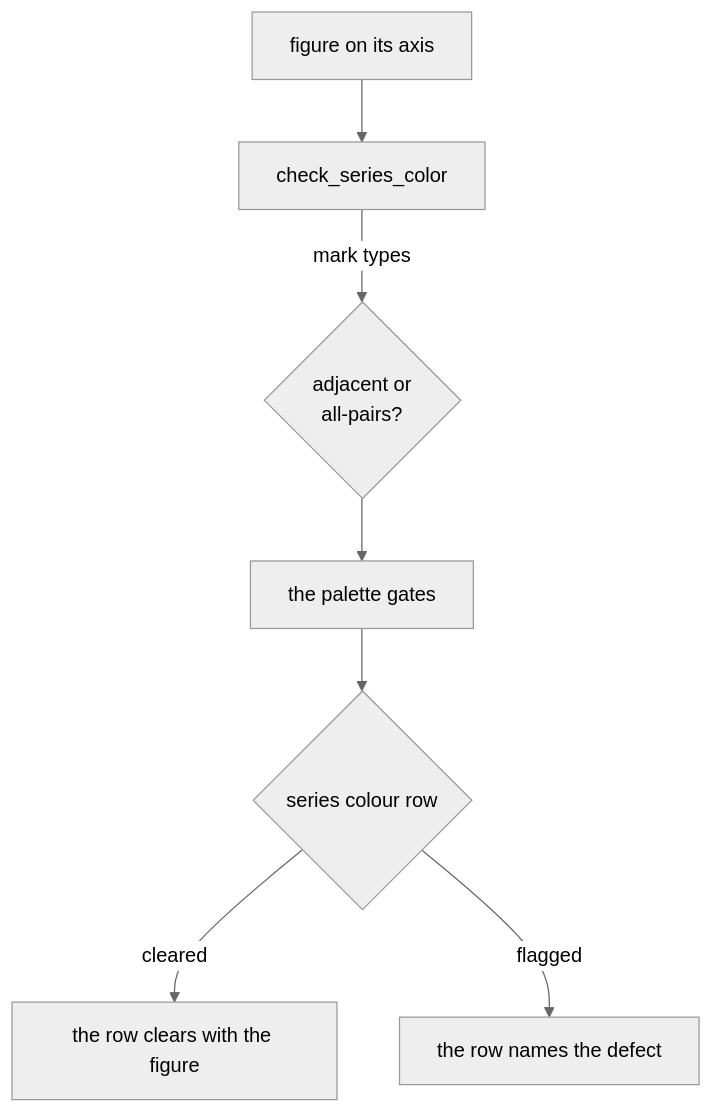
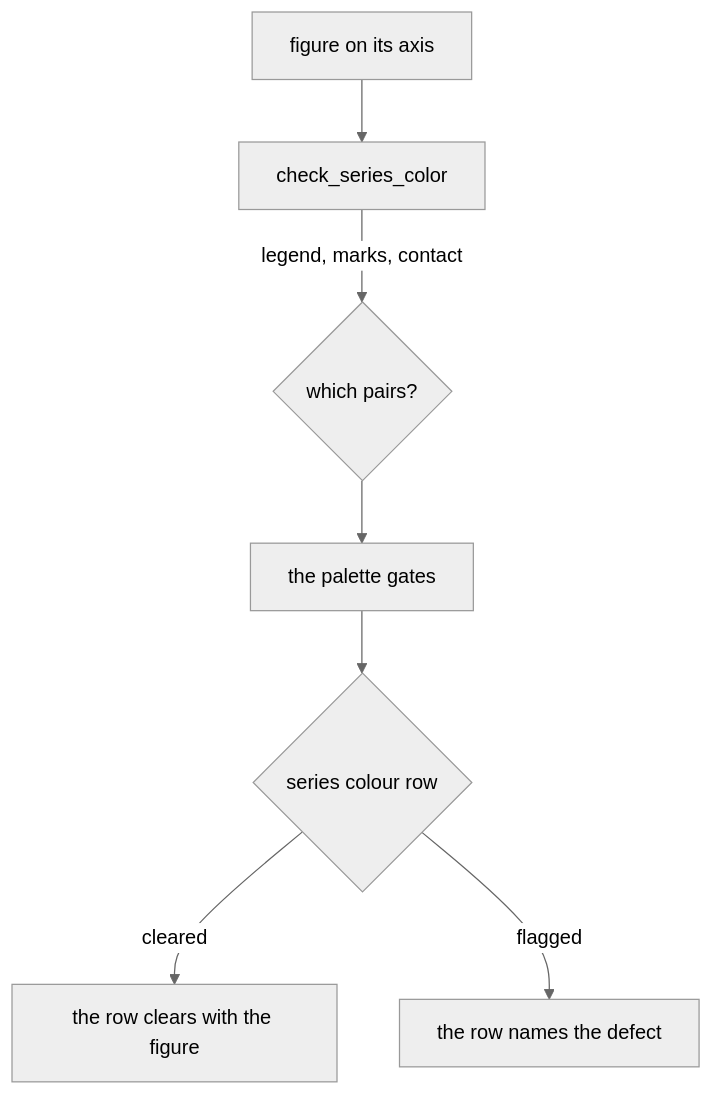
The diagram in docs/design.md (narenp12/figure-gate), drawn with Mermaid (neutral theme) before and after one commit. The commit also changed other lines of this file and 6 other files, not shown here.

````diff
--- a/docs/design.md
+++ b/docs/design.md
@@ -40,9 +40,9 @@
 ```mermaid
 flowchart TD
     figure["figure on its axis"] --> read["check_series_color"]
-    read -- "mark types" --> need{"adjacent or<br/>all-pairs?"}
+    read -- "legend, marks, contact" --> need{"which pairs?"}
     need --> gates["the palette gates"]
     gates --> verdict{"series colour row"}
     verdict -- "cleared" --> pass["the row clears with the figure"]
     verdict -- "flagged" --> fail["the row names the defect"]
 ```
````
